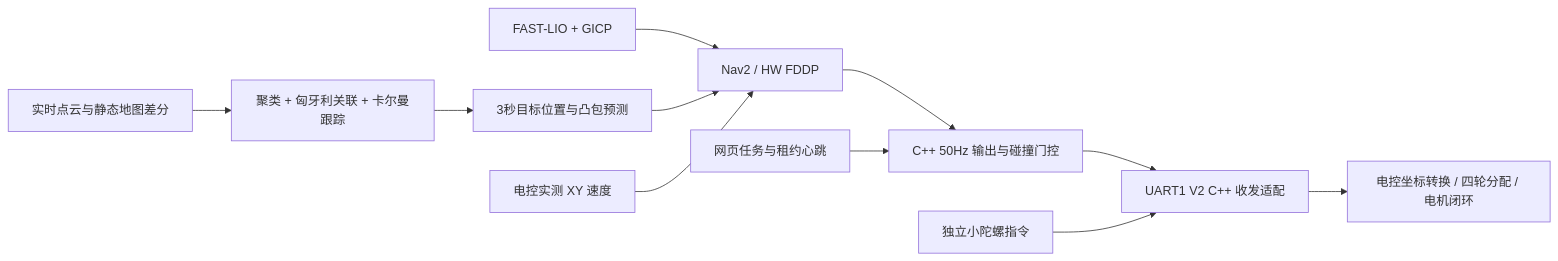
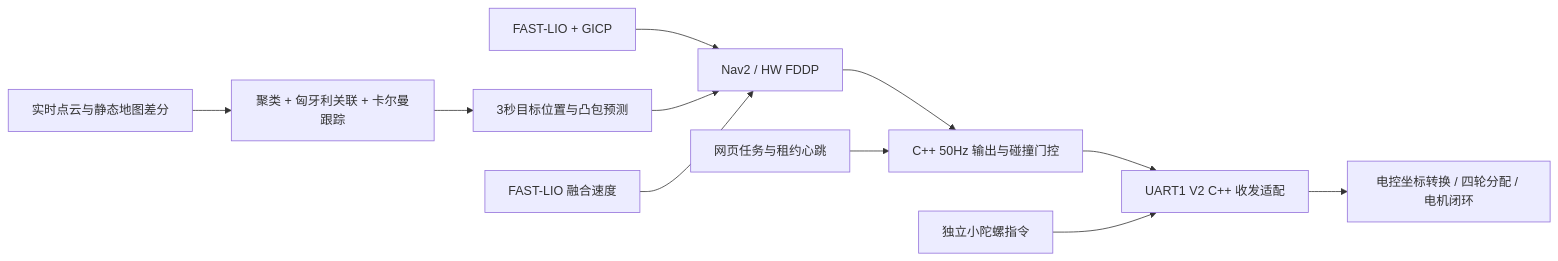
Before and after one commit to chenkl112/shaoshao-hw: the diagram in deployment/HW全向导航方案.md, drawn with Mermaid. The commit also changed other lines of this file and 30 other files, not shown here.

Commit message:
use FAST-LIO motion for planning MPC and braking with separate authority

````diff
--- a/deployment/HW全向导航方案.md
+++ b/deployment/HW全向导航方案.md
@@ -12,13 +12,13 @@
 ```mermaid
 flowchart LR
   L[FAST-LIO + GICP] --> C[Nav2 / HW FDDP]
   P[实时点云与静态地图差分] --> T[聚类 + 匈牙利关联 + 卡尔曼跟踪]
   T --> F[3秒目标位置与凸包预测]
   F --> C
-  E[电控实测 XY 速度] --> C
+  E[FAST-LIO 融合速度] --> C
   C --> R[C++ 50Hz 输出与碰撞门控]
   W[网页任务与租约心跳] --> R
   R --> A[UART1 V2 C++ 收发适配]
   S[独立小陀螺指令] --> A
   A --> M[电控坐标转换 / 四轮分配 / 电机闭环]
 ```
````
